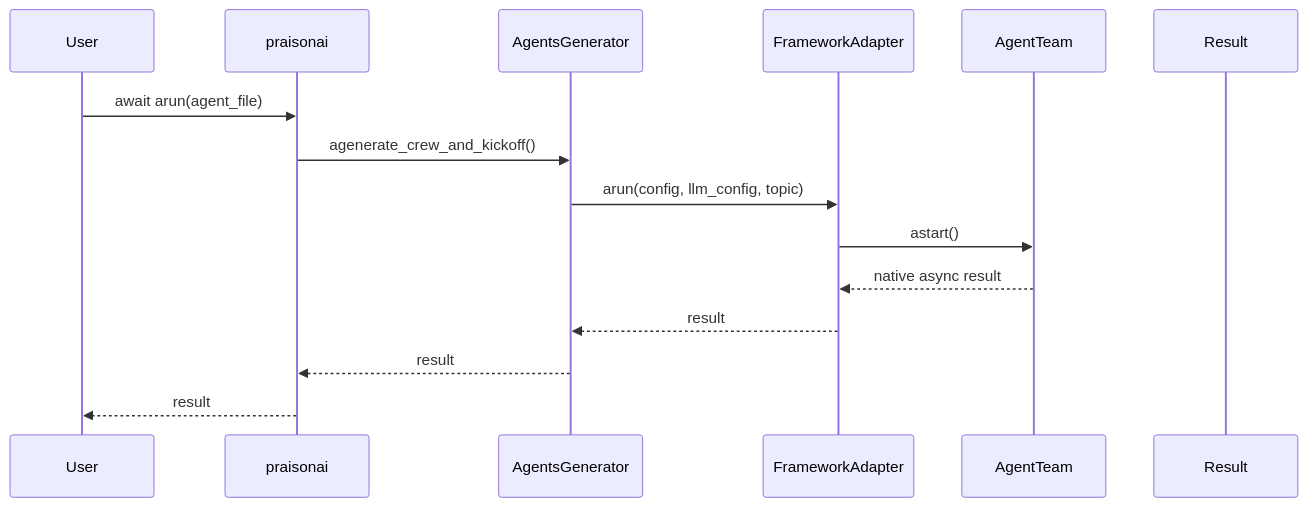
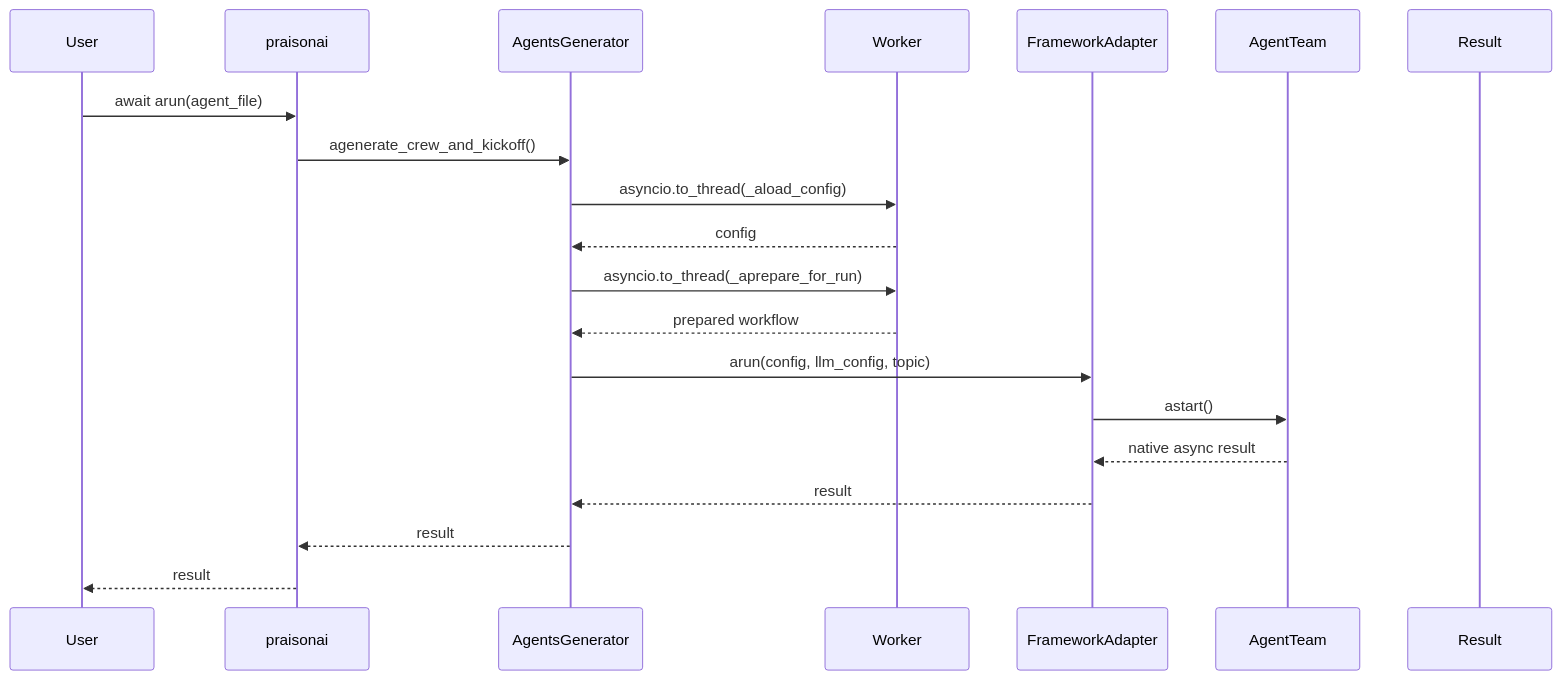
The second of 2 diagrams in docs/features/async-crew-kickoff.mdx (MervinPraison/PraisonAIDocs), drawn with Mermaid before and after one commit. The commit also changed other lines of this file and 4 other files, not shown here.

Commit message:
docs: reflect PraisonAI PR #2738 — framework kwarg, async-safe config, thread-safe MCP registries (fixes #1716)

````diff
--- a/docs/features/async-crew-kickoff.mdx
+++ b/docs/features/async-crew-kickoff.mdx
@@ -78,18 +78,23 @@
 ```mermaid
 sequenceDiagram
     participant User
     participant praisonai
     participant AgentsGenerator
+    participant Worker
     participant FrameworkAdapter
     participant AgentTeam
     participant Result
     
     User->>praisonai: await arun(agent_file)
     praisonai->>AgentsGenerator: agenerate_crew_and_kickoff()
+    AgentsGenerator->>Worker: asyncio.to_thread(_aload_config)
+    Worker-->>AgentsGenerator: config
+    AgentsGenerator->>Worker: asyncio.to_thread(_aprepare_for_run)
+    Worker-->>AgentsGenerator: prepared workflow
     AgentsGenerator->>FrameworkAdapter: arun(config, llm_config, topic)
     FrameworkAdapter->>AgentTeam: astart() 
     AgentTeam-->>FrameworkAdapter: native async result
     FrameworkAdapter-->>AgentsGenerator: result
     AgentsGenerator-->>praisonai: result
     praisonai-->>User: result
 ```
````
